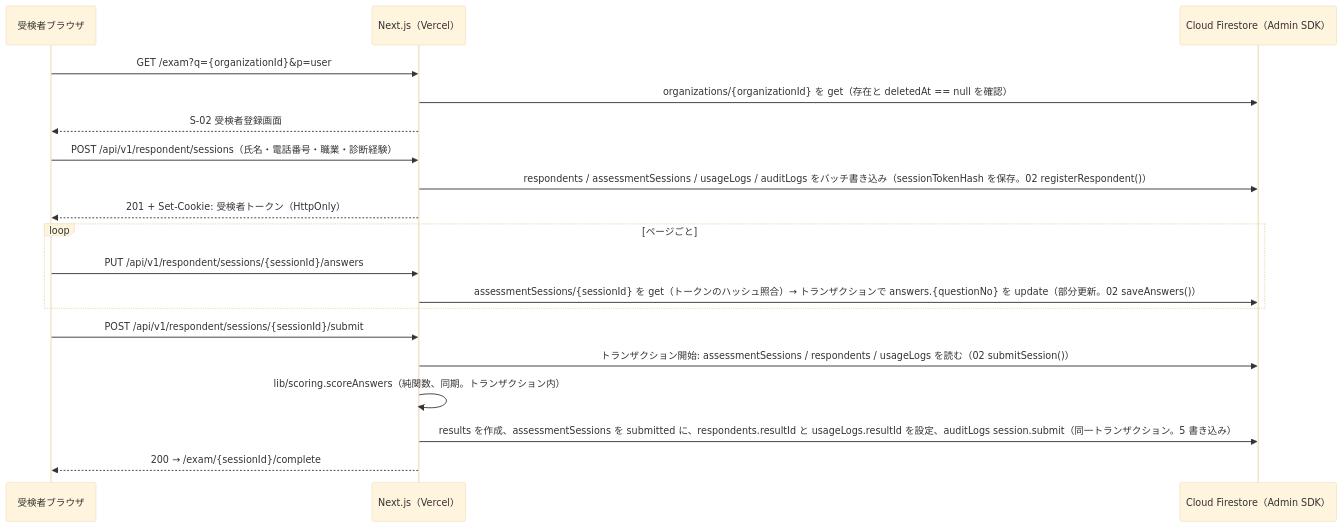
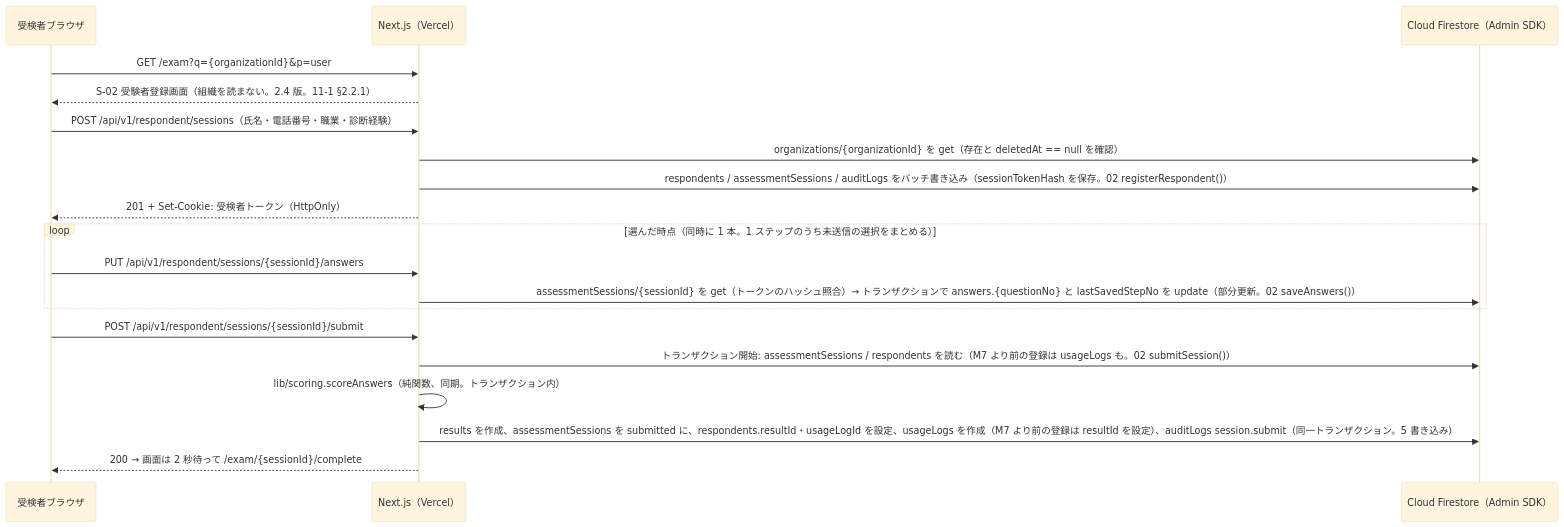
Before and after one commit to tanukichiyamaguchi/Tekisei-Kensa: the second of 7 diagrams in docs/基本設計/01_システム構成.md, drawn with Mermaid (base theme). The commit also changed other lines of this file and 125 other files, not shown here.

First line of the commit message:
M7 PR-7.3: 受検者画面（4 ステップの受験・配色の基準・通知・API の stepNo・送信で作る利用履歴） (#21)

````diff
--- a/docs/基本設計/01_システム構成.md
+++ b/docs/基本設計/01_システム構成.md
@@ -130,21 +130,21 @@
 ```mermaid
 sequenceDiagram
     participant R as 受検者ブラウザ
     participant N as Next.js（Vercel）
     participant FS as Cloud Firestore（Admin SDK）
     R->>N: GET /exam?q={organizationId}&p=user
+    N-->>R: S-02 受験者登録画面（組織を読まない。2.4 版。11-1 §2.2.1）
+    R->>N: POST /api/v1/respondent/sessions（氏名・電話番号・職業・診断経験）
     N->>FS: organizations/{organizationId} を get（存在と deletedAt == null を確認）
-    N-->>R: S-02 受検者登録画面
-    R->>N: POST /api/v1/respondent/sessions（氏名・電話番号・職業・診断経験）
-    N->>FS: respondents / assessmentSessions / usageLogs / auditLogs をバッチ書き込み（sessionTokenHash を保存。02 registerRespondent()）
+    N->>FS: respondents / assessmentSessions / auditLogs をバッチ書き込み（sessionTokenHash を保存。02 registerRespondent()）
     N-->>R: 201 + Set-Cookie: 受検者トークン（HttpOnly）
-    loop ページごと
+    loop 選んだ時点（同時に 1 本。1 ステップのうち未送信の選択をまとめる）
         R->>N: PUT /api/v1/respondent/sessions/{sessionId}/answers
-        N->>FS: assessmentSessions/{sessionId} を get（トークンのハッシュ照合）→ トランザクションで answers.{questionNo} を update（部分更新。02 saveAnswers()）
+        N->>FS: assessmentSessions/{sessionId} を get（トークンのハッシュ照合）→ トランザクションで answers.{questionNo} と lastSavedStepNo を update（部分更新。02 saveAnswers()）
     end
     R->>N: POST /api/v1/respondent/sessions/{sessionId}/submit
-    N->>FS: トランザクション開始: assessmentSessions / respondents / usageLogs を読む（02 submitSession()）
+    N->>FS: トランザクション開始: assessmentSessions / respondents を読む（M7 より前の登録は usageLogs も。02 submitSession()）
     N->>N: lib/scoring.scoreAnswers（純関数、同期。トランザクション内）
-    N->>FS: results を作成、assessmentSessions を submitted に、respondents.resultId と usageLogs.resultId を設定、auditLogs session.submit（同一トランザクション。5 書き込み）
-    N-->>R: 200 → /exam/{sessionId}/complete
+    N->>FS: results を作成、assessmentSessions を submitted に、respondents.resultId・usageLogId を設定、usageLogs を作成（M7 より前の登録は resultId を設定）、auditLogs session.submit（同一トランザクション。5 書き込み）
+    N-->>R: 200 → 画面は 2 秒待って /exam/{sessionId}/complete
 ```
````
